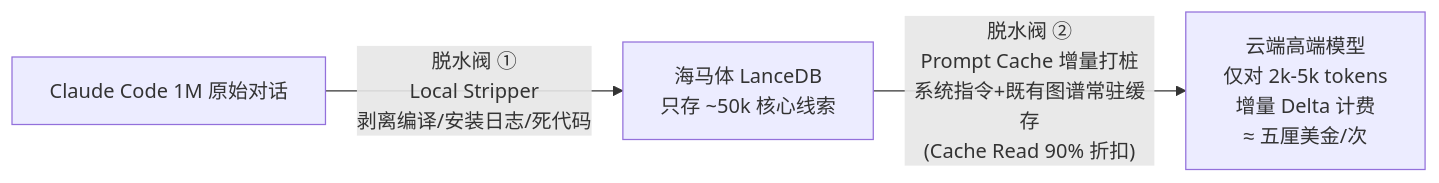
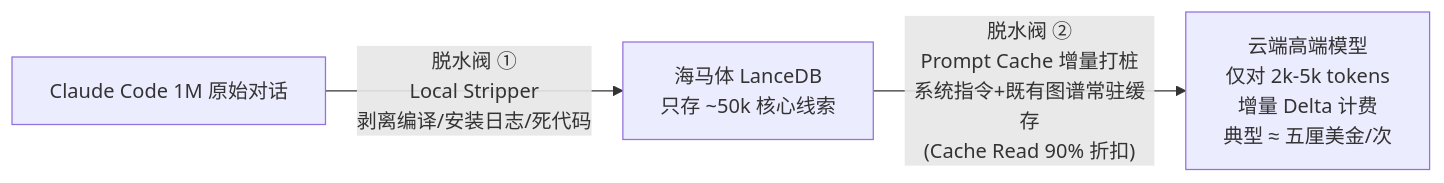
The fourth of 5 diagrams in docs/design/02-梦境引擎.md (MnemoSeed/mnemoseed), drawn with Mermaid before and after one commit. The commit also changed 2 other files, not shown here.

Commit message:
docs: NFR-2.2 typical-value wording; design/08 concurrency scope note
- NFR-2.2: 5k-token delta budget stays the hard cap; the <=$0.005
  target is now scoped to the typical delta (~2-2.5k), with the full
  5k case acknowledged at ~$0.01 under design/02 section 6 pricing
- design/02 section 6 mermaid: cost claim reworded to typical-value
- design/08 section 1: concurrency only truly arises across devices
  (multiple daemons, offline-then-reconnect); multiple hosts on one
  machine serialize through the local daemon by construction, and the
  cloud deployment is the same daemon hosted remotely

````diff
--- a/docs/design/02-梦境引擎.md
+++ b/docs/design/02-梦境引擎.md
@@ -111,5 +111,5 @@
 ```mermaid
 flowchart LR
     A["Claude Code 1M 原始对话"] -->|"脱水阀 ①<br/>Local Stripper<br/>剥离编译/安装日志/死代码"| B["海马体 LanceDB<br/>只存 ~50k 核心线索"]
-    B -->|"脱水阀 ②<br/>Prompt Cache 增量打桩<br/>系统指令+既有图谱常驻缓存<br/>(Cache Read 90% 折扣)"| C["云端高端模型<br/>仅对 2k-5k tokens<br/>增量 Delta 计费<br/>≈ 五厘美金/次"]
+    B -->|"脱水阀 ②<br/>Prompt Cache 增量打桩<br/>系统指令+既有图谱常驻缓存<br/>(Cache Read 90% 折扣)"| C["云端高端模型<br/>仅对 2k-5k tokens<br/>增量 Delta 计费<br/>典型 ≈ 五厘美金/次"]
 ```
````
